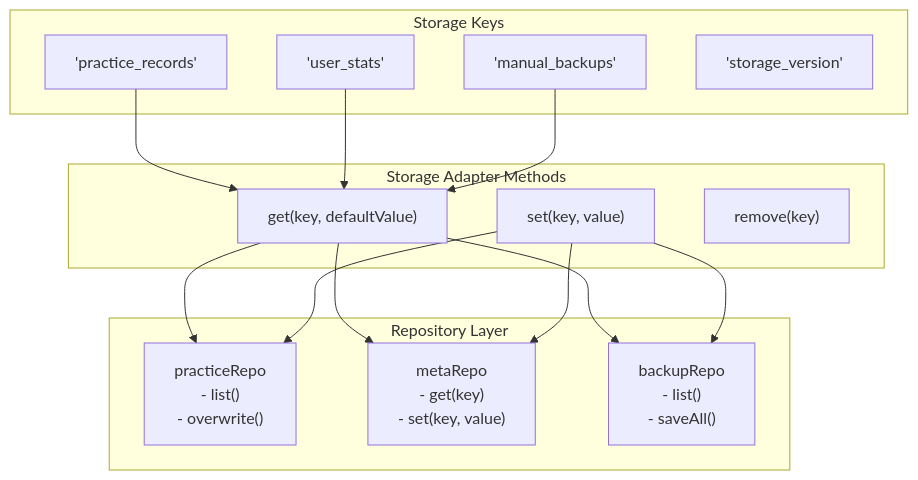
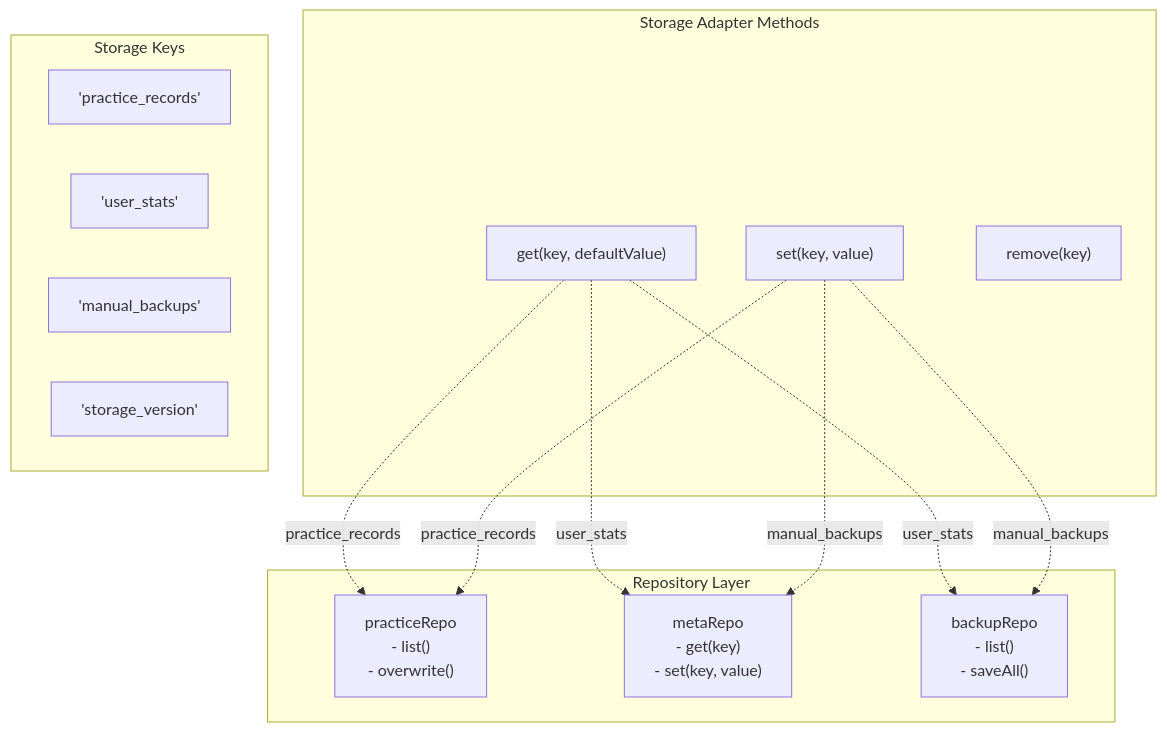
Before and after one commit to sallowayma-git/IELTS-practice: the fifth of 22 diagrams in developer/doc/Wiki/Data-Management-System.md, drawn with Mermaid. The commit also changed other lines of this file and 84 other files, not shown here.

````diff
--- a/developer/doc/Wiki/Data-Management-System.md
+++ b/developer/doc/Wiki/Data-Management-System.md
@@ -276,43 +279,40 @@
 ```mermaid
 flowchart TD
 
 PR_Key["'practice_records'"]
 US_Key["'user_stats'"]
 BU_Key["'manual_backups'"]
 SV_Key["'storage_version'"]
 Get["get(key, defaultValue)"]
 Set["set(key, value)"]
 Remove["remove(key)"]
 PracticeRepo["practiceRepo<br>- list()<br>- overwrite()"]
 MetaRepo["metaRepo<br>- get(key)<br>- set(key, value)"]
 BackupRepo["backupRepo<br>- list()<br>- saveAll()"]
 
-PR_Key --> Get
-US_Key --> Get
-BU_Key --> Get
-Get --> PracticeRepo
-Get --> MetaRepo
-Get --> BackupRepo
-Set --> PracticeRepo
-Set --> MetaRepo
-Set --> BackupRepo
+Get -.->|"practice_records"| PracticeRepo
+Get -.->|"user_stats"| MetaRepo
+Get -.->|"user_stats"| BackupRepo
+Set -.->|"practice_records"| PracticeRepo
+Set -.->|"manual_backups"| MetaRepo
+Set -.->|"manual_backups"| BackupRepo
 
 subgraph subGraph2 ["Repository Layer"]
     PracticeRepo
     MetaRepo
     BackupRepo
 end
 
 subgraph subGraph1 ["Storage Adapter Methods"]
     Get
     Set
     Remove
 end
 
 subgraph subGraph0 ["Storage Keys"]
     PR_Key
     US_Key
     BU_Key
     SV_Key
 end
 ```
````
